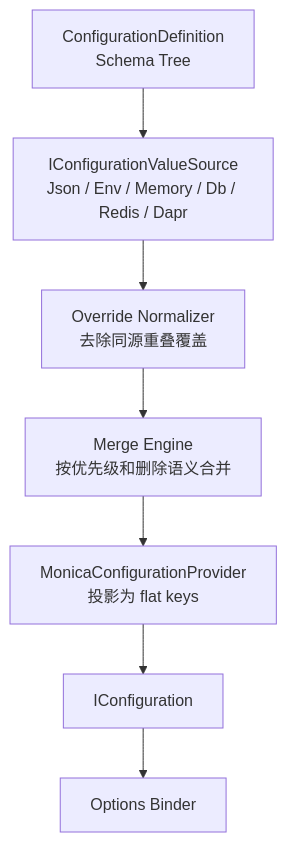
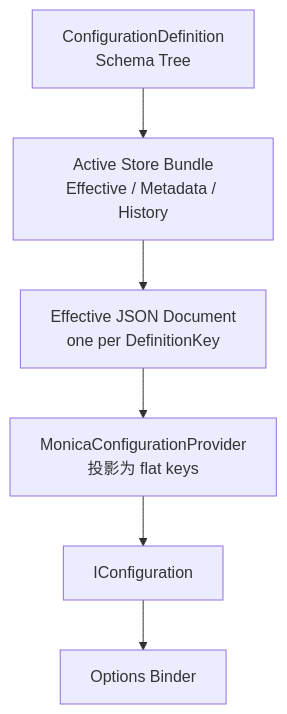
The first of 2 diagrams in docs/zh-CN/modules/configuration/concepts.md (Tairitsua/Monica.Docs), drawn with Mermaid before and after one commit. The commit also changed other lines of this file and 12 other files, not shown here.

First line of the commit message:
docs!: update configuration storage architecture

````diff
--- a/docs/zh-CN/modules/configuration/concepts.md
+++ b/docs/zh-CN/modules/configuration/concepts.md
@@ -20,13 +20,11 @@
 ```mermaid
 flowchart TB
     schema["ConfigurationDefinition<br/>Schema Tree"]
-    source["IConfigurationValueSource<br/>Json / Env / Memory / Db / Redis / Dapr"]
-    normalize["Override Normalizer<br/>去除同源重叠覆盖"]
-    merge["Merge Engine<br/>按优先级和删除语义合并"]
+    store["Active Store Bundle<br/>Effective / Metadata / History"]
+    document["Effective JSON Document<br/>one per DefinitionKey"]
     project["MonicaConfigurationProvider<br/>投影为 flat keys"]
     iconfig["IConfiguration"]
     options["Options Binder"]
 
-    schema --> source
-    source --> normalize --> merge --> project --> iconfig --> options
+    schema --> store --> document --> project --> iconfig --> options
 ```
````
